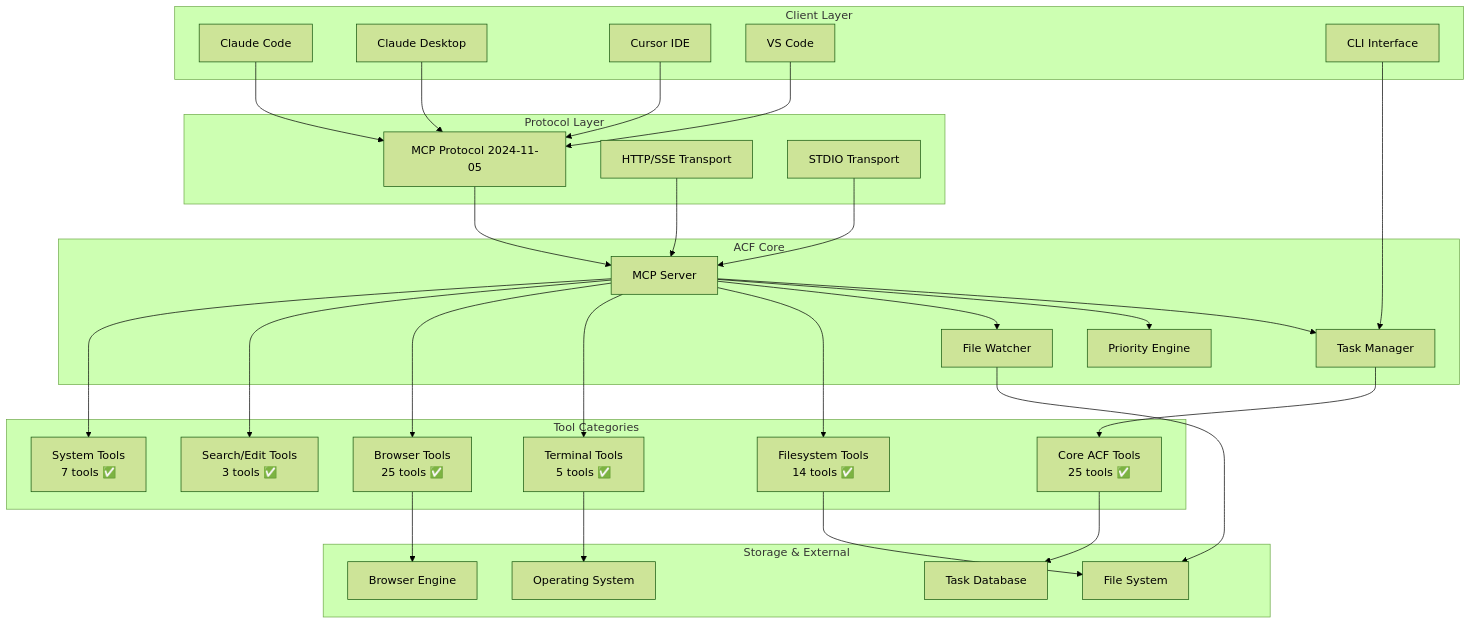
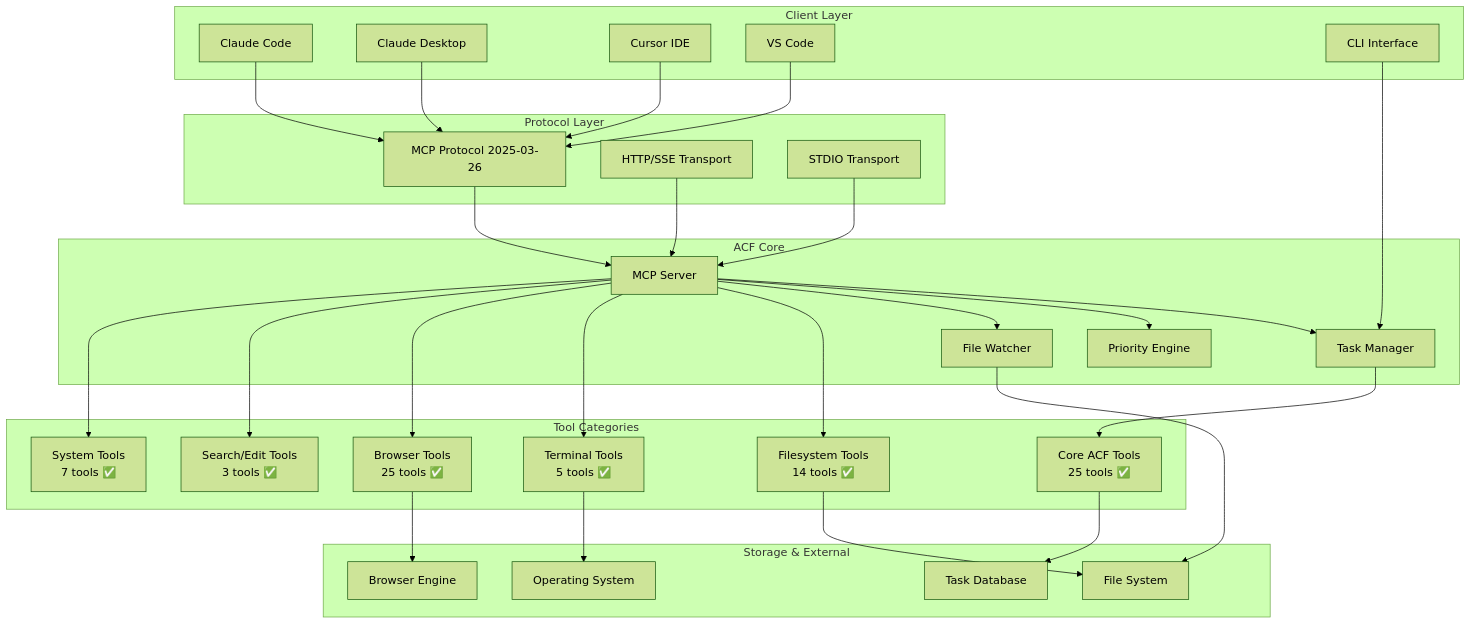
The first of 4 diagrams in README.md (FutureAtoms/agentic-control-framework), drawn with Mermaid (forest theme) before and after one commit. The commit also changed other lines of this file and 21 other files, not shown here.

````diff
--- a/README.md
+++ b/README.md
@@ -23,66 +23,66 @@
 ```mermaid
 graph TB
     subgraph "Client Layer"
         CC[Claude Code]
         CD[Claude Desktop]
         CU[Cursor IDE]
         VS[VS Code]
         CLI[CLI Interface]
     end
 
     subgraph "Protocol Layer"
-        MCP[MCP Protocol 2024-11-05]
+        MCP[MCP Protocol 2025-03-26]
         HTTP[HTTP/SSE Transport]
         STDIO[STDIO Transport]
     end
 
     subgraph "ACF Core"
         MS[MCP Server]
         TM[Task Manager]
         PE[Priority Engine]
         FW[File Watcher]
     end
 
     subgraph "Tool Categories"
         CT[Core ACF Tools<br/>25 tools ✅]
         FT[Filesystem Tools<br/>14 tools ✅]
         TT[Terminal Tools<br/>5 tools ✅]
         BT[Browser Tools<br/>25 tools ✅]
         ST[Search/Edit Tools<br/>3 tools ✅]
         SYS[System Tools<br/>7 tools ✅]
     end
 
     subgraph "Storage & External"
         FS[File System]
         DB[Task Database]
         BR[Browser Engine]
         OS[Operating System]
     end
 
     CC --> MCP
     CD --> MCP
     CU --> MCP
     VS --> MCP
     CLI --> TM
 
     MCP --> MS
     HTTP --> MS
     STDIO --> MS
 
     MS --> TM
     MS --> PE
     MS --> FW
 
     TM --> CT
     MS --> FT
     MS --> TT
     MS --> BT
     MS --> ST
     MS --> SYS
 
     CT --> DB
     FT --> FS
     TT --> OS
     BT --> BR
     FW --> FS
 ```
````
